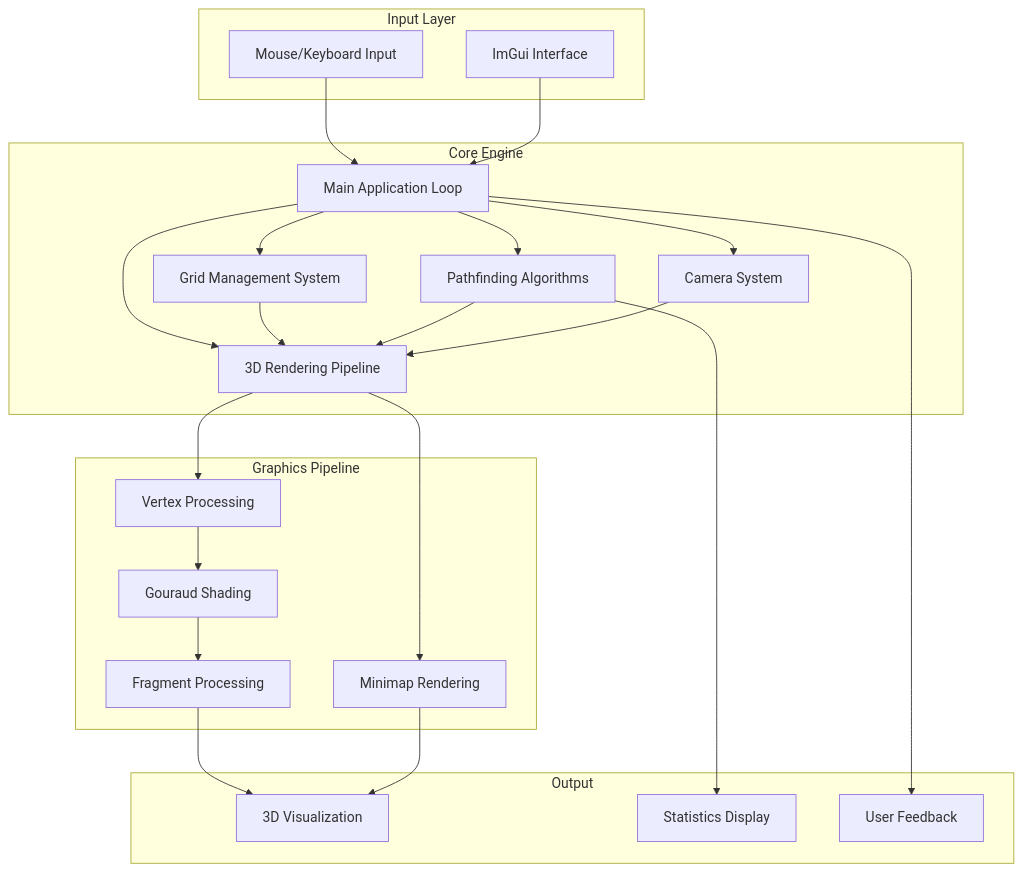
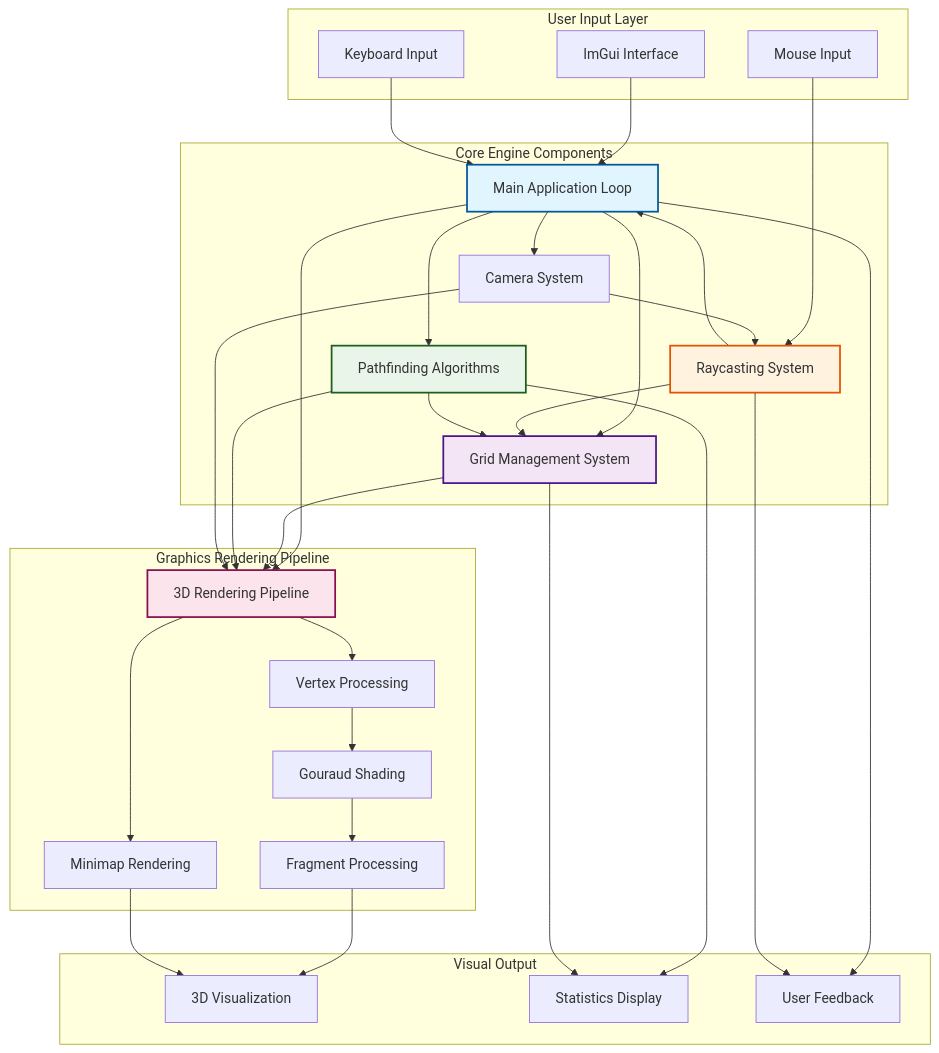
Before and after one commit to hridayanshu236/ShortestPathVisualizer3d: the diagram in README.md, drawn with Mermaid.

Commit message:
optimized architecture diagram

````diff
--- a/README.md
+++ b/README.md
@@ -107,42 +107,77 @@
 ```mermaid
 graph TB
-    subgraph "Input Layer"
-        A[Mouse/Keyboard Input]
-        B[ImGui Interface]
+    %% ===== INPUT LAYER =====
+    subgraph "User Input Layer"
+        UI[ImGui Interface]
+        MI[Mouse Input]
+        KI[Keyboard Input]
     end
     
-    subgraph "Core Engine"
-        C[Main Application Loop]
-        D[Grid Management System]
-        E[Pathfinding Algorithms]
-        F[3D Rendering Pipeline]
-        G[Camera System]
+    %% ===== CORE ENGINE =====
+    subgraph "Core Engine Components"
+        MAL[Main Application Loop]
+        GMS[Grid Management System]
+        PA[Pathfinding Algorithms]
+        RCS[Raycasting System]
+        CAM[Camera System]
     end
     
-    subgraph "Graphics Pipeline"
-        H[Vertex Processing]
-        I[Gouraud Shading]
-        J[Fragment Processing]
-        K[Minimap Rendering]
+    %% ===== GRAPHICS PIPELINE =====
+    subgraph "Graphics Rendering Pipeline"
+        RDR[3D Rendering Pipeline]
+        VP[Vertex Processing]
+        GS[Gouraud Shading]
+        FP[Fragment Processing]
+        MMR[Minimap Rendering]
     end
     
-    subgraph "Output"
-        L[3D Visualization]
-        M[Statistics Display]
-        N[User Feedback]
+    %% ===== OUTPUT LAYER =====
+    subgraph "Visual Output"
+        VIZ[3D Visualization]
+        STAT[Statistics Display]
+        FEED[User Feedback]
     end
     
-    A --> C
-    B --> C
-    C --> D
-    C --> E
-    C --> F
-    C --> G
-    D --> F
-    E --> F
-    G --> F
-    F --> H --> I --> J --> L
-    F --> K --> L
-    E --> M
-    C --> N
+    %% ===== CLEAN DATA FLOW =====
+    
+    %% Input to Main Loop
+    UI --> MAL
+    MI --> RCS
+    KI --> MAL
+    
+    %% Main Loop Coordination
+    MAL --> GMS
+    MAL --> PA
+    MAL --> RDR
+    MAL --> CAM
+    
+    %% Raycasting Dependencies
+    RCS --> GMS
+    CAM --> RCS
+    RCS --> MAL
+    
+    %% Pathfinding Data Flow
+    PA --> GMS
+    
+    %% Rendering Dependencies
+    GMS --> RDR
+    PA --> RDR
+    CAM --> RDR
+    
+    %% Graphics Pipeline Flow
+    RDR --> VP --> GS --> FP --> VIZ
+    RDR --> MMR --> VIZ
+    
+    %% Information Output
+    PA --> STAT
+    GMS --> STAT
+    MAL --> FEED
+    RCS --> FEED
+    
+    %% Styling for Clarity
+    style MAL fill:#e1f5fe,stroke:#01579b,stroke-width:2px
+    style GMS fill:#f3e5f5,stroke:#4a148c,stroke-width:2px
+    style PA fill:#e8f5e8,stroke:#1b5e20,stroke-width:2px
+    style RCS fill:#fff3e0,stroke:#e65100,stroke-width:2px
+    style RDR fill:#fce4ec,stroke:#880e4f,stroke-width:2px
 ```
````
